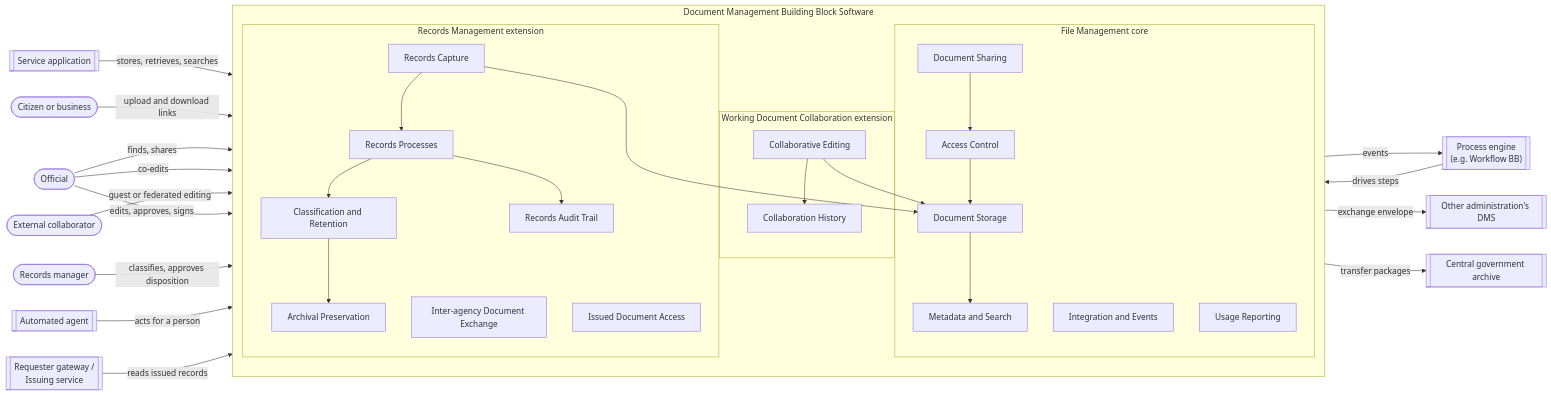
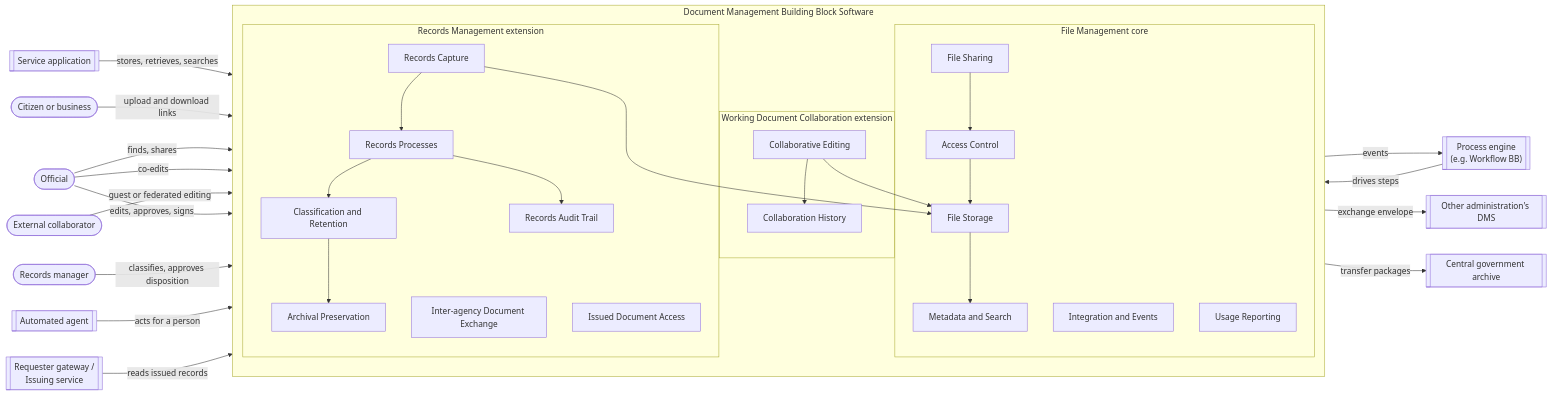
One commit to GovStackWorkingGroup/bb-file-management changed the diagram in introduction/technical-overview.md. Above: the diagram before and after it, drawn with Mermaid. The commit also changed other lines of this file and 22 other files, not shown here.

First line of the commit message:
File Management core: apply review rounds 1 and 2, rename to File Storage and File Sharing

````diff
--- a/introduction/technical-overview.md
+++ b/introduction/technical-overview.md
@@ -61,62 +61,62 @@
 ```mermaid
 flowchart LR
   Official(["Official"])
   Citizen(["Citizen or business"])
   Partner(["External collaborator"])
   RM(["Records manager"])
   Service[["Service application"]]
   Engine[["Process engine<br/>(e.g. Workflow BB)"]]
   Agent[["Automated agent"]]
   OtherDMS[["Other administration's DMS"]]
   Archive[["Central government archive"]]
   Gateway[["Requester gateway /<br/>Issuing service"]]
 
   subgraph SUT["Document Management Building Block Software"]
     direction TB
     subgraph FM["File Management core"]
-      Storage["Document Storage"]
+      Storage["File Storage"]
       Meta["Metadata and Search"]
       Access["Access Control"]
-      Share["Document Sharing"]
+      Share["File Sharing"]
       Integ["Integration and Events"]
       Report["Usage Reporting"]
     end
     subgraph ExtC["Working Document Collaboration extension"]
       Edit["Collaborative Editing"]
       Hist["Collaboration History"]
     end
     subgraph ExtR["Records Management extension"]
       RCap["Records Capture"]
       Proc["Records Processes"]
       Ret["Classification and Retention"]
       Pres["Archival Preservation"]
       Audit["Records Audit Trail"]
       Xch["Inter-agency Document Exchange"]
       Doc["Issued Document Access"]
     end
     Storage --> Meta
     Access --> Storage
     Share --> Access
     Edit --> Storage
     Edit --> Hist
     RCap --> Storage
     RCap --> Proc
     Proc --> Ret
     Ret --> Pres
     Proc --> Audit
   end
 
   Service -- "stores, retrieves, searches" --> Storage
   Citizen -- "upload and download links" --> Share
   Official -- "finds, shares" --> Meta
   Official -- "co-edits" --> Edit
   Partner -- "guest or federated editing" --> Edit
   Official -- "edits, approves, signs" --> Proc
   RM -- "classifies, approves disposition" --> Ret
   Integ -- "events" --> Engine
   Engine -- "drives steps" --> Proc
   Agent -- "acts for a person" --> Proc
   Xch -- "exchange envelope" --> OtherDMS
   Pres -- "transfer packages" --> Archive
   Gateway -- "reads issued records" --> Doc
 ```
````
